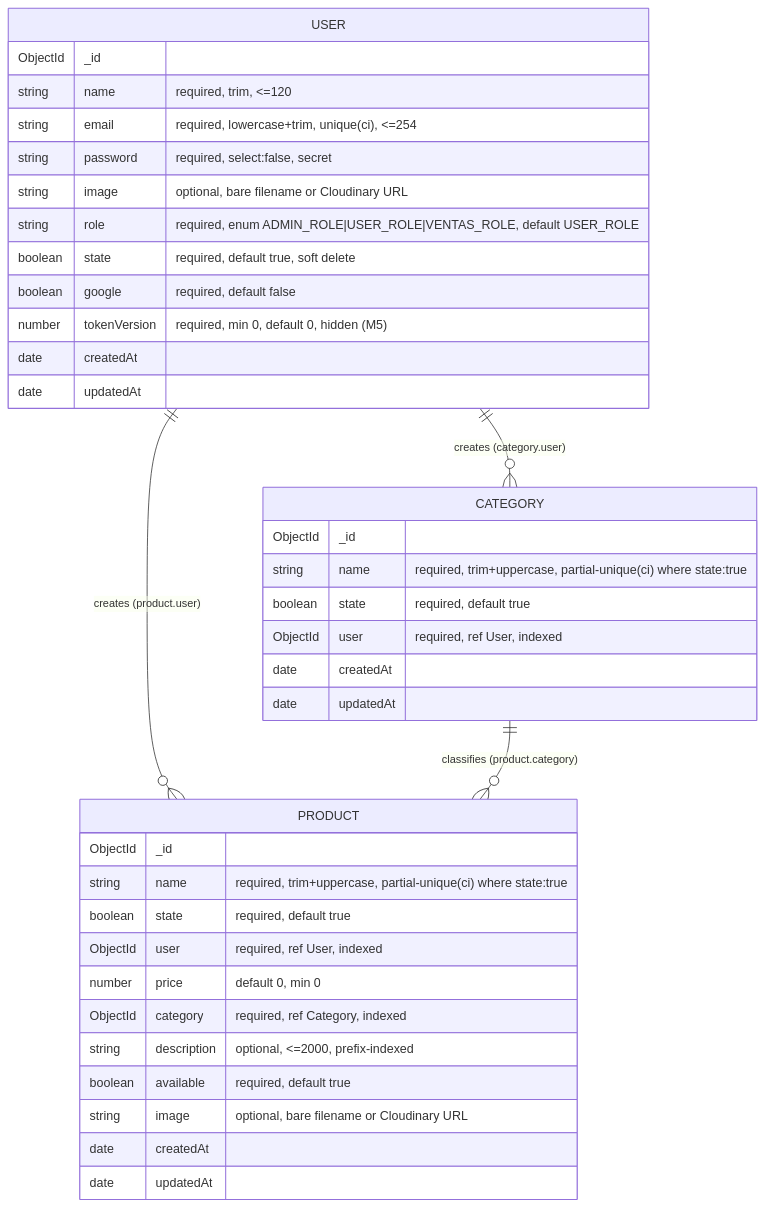
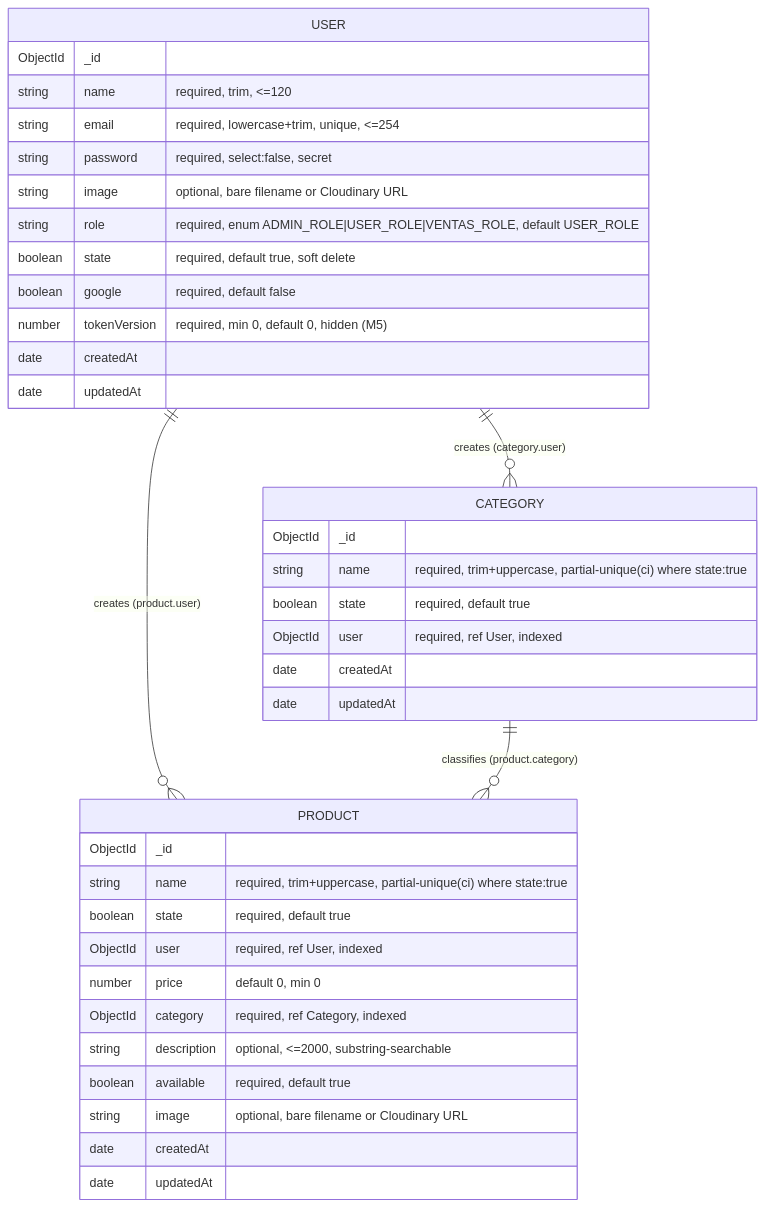
Before and after one commit to carlosAndress101/Backed-Rest-Server-Js: the diagram in docs/design/M4-database.md, drawn with Mermaid. The commit also changed other lines of this file, not shown here.

First line of the commit message:
docs(design): M4 amendment — keep substring search, drop search indexes

````diff
--- a/docs/design/M4-database.md
+++ b/docs/design/M4-database.md
@@ -214,41 +208,41 @@
 ```mermaid
 erDiagram
     USER ||--o{ CATEGORY : "creates (category.user)"
     USER ||--o{ PRODUCT  : "creates (product.user)"
     CATEGORY ||--o{ PRODUCT : "classifies (product.category)"
 
     USER {
         ObjectId _id
         string   name      "required, trim, <=120"
-        string   email     "required, lowercase+trim, unique(ci), <=254"
+        string   email     "required, lowercase+trim, unique, <=254"
         string   password  "required, select:false, secret"
         string   image     "optional, bare filename or Cloudinary URL"
         string   role      "required, enum ADMIN_ROLE|USER_ROLE|VENTAS_ROLE, default USER_ROLE"
         boolean  state     "required, default true, soft delete"
         boolean  google    "required, default false"
         number   tokenVersion "required, min 0, default 0, hidden (M5)"
         date     createdAt
         date     updatedAt
     }
     CATEGORY {
         ObjectId _id
         string   name   "required, trim+uppercase, partial-unique(ci) where state:true"
         boolean  state  "required, default true"
         ObjectId user   "required, ref User, indexed"
         date     createdAt
         date     updatedAt
     }
     PRODUCT {
         ObjectId _id
         string   name        "required, trim+uppercase, partial-unique(ci) where state:true"
         boolean  state       "required, default true"
         ObjectId user        "required, ref User, indexed"
         number   price       "default 0, min 0"
         ObjectId category    "required, ref Category, indexed"
-        string   description "optional, <=2000, prefix-indexed"
+        string   description "optional, <=2000, substring-searchable"
         boolean  available   "required, default true"
         string   image       "optional, bare filename or Cloudinary URL"
         date     createdAt
         date     updatedAt
     }
 ```
````
